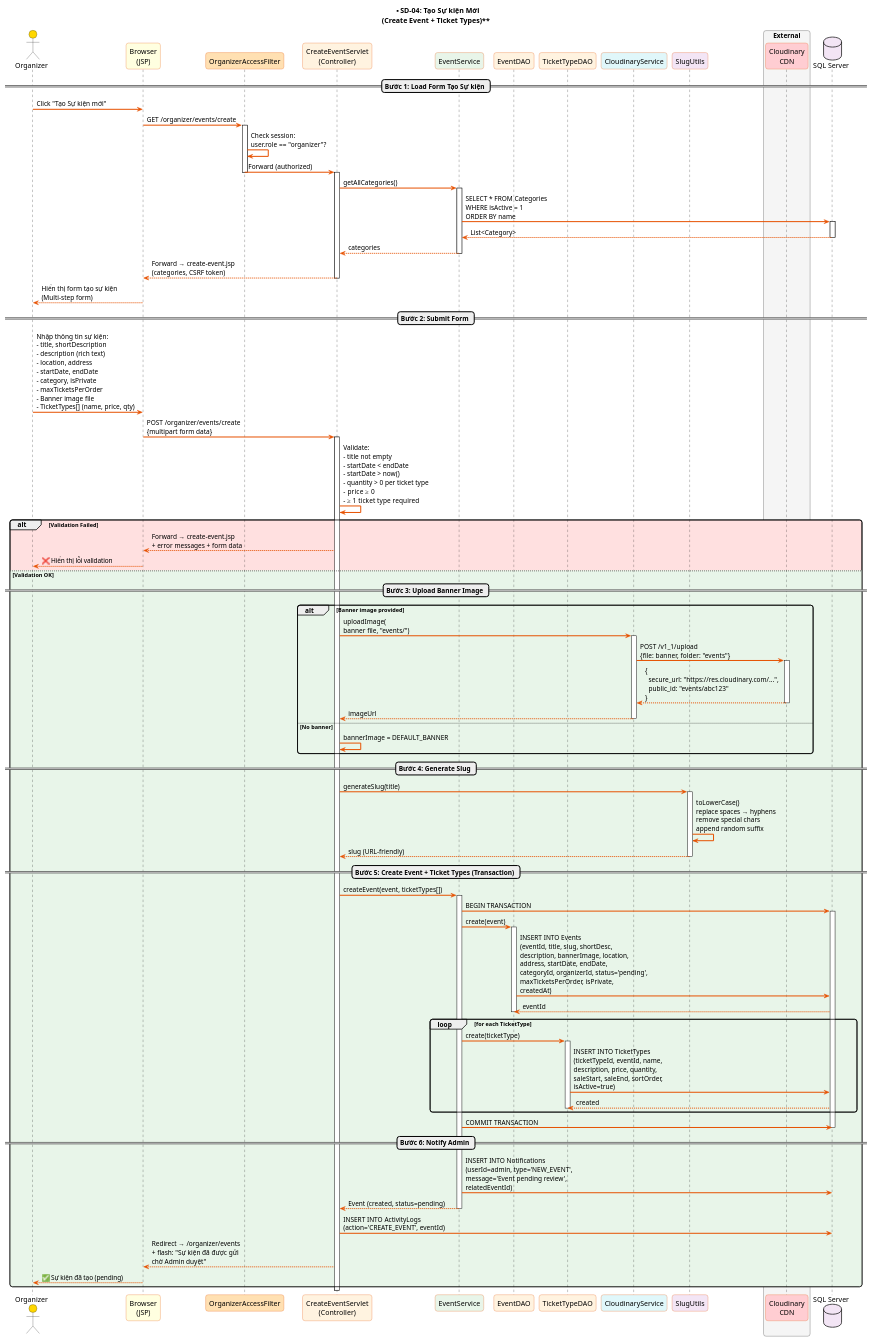
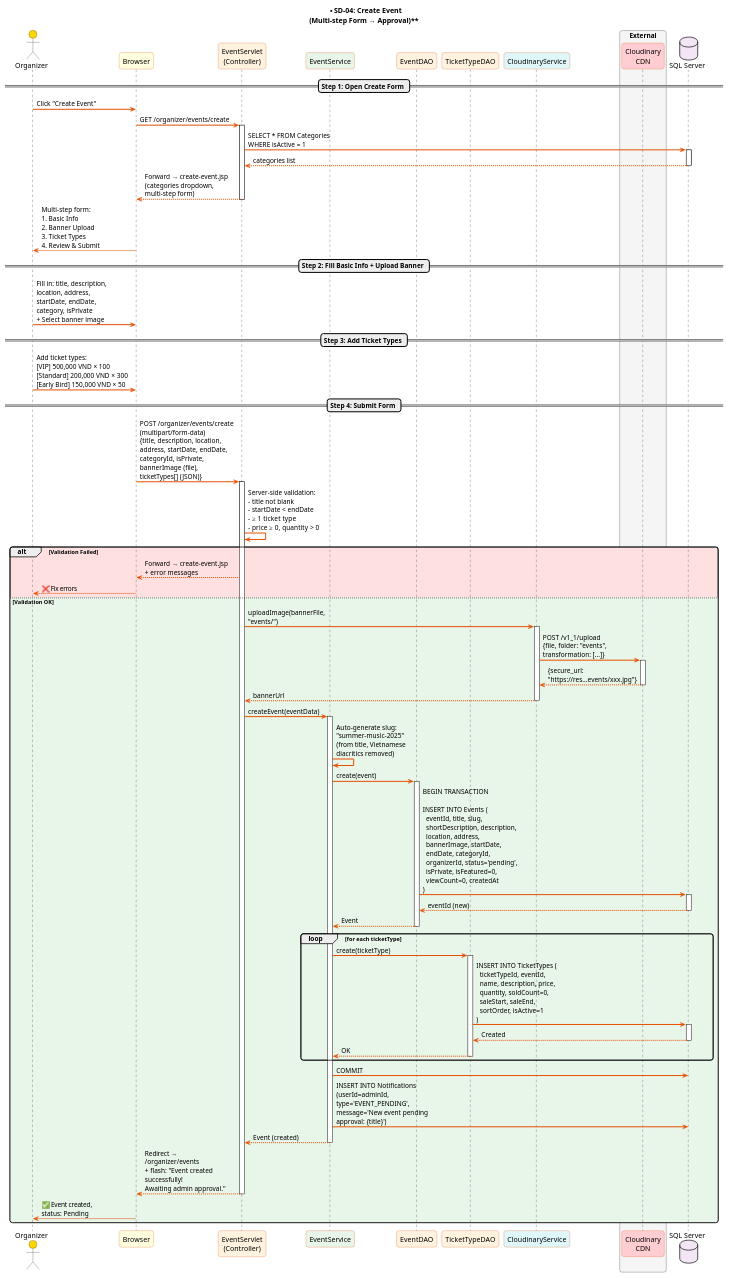
Before and after one commit to dghoang/PRJ301_GROUP7_SELLING_TICKET: the diagram in SellingTicketJava/docs/diagrams/SD_04_CreateEvent.puml, drawn with PlantUML. The commit also changed 62 other files, not shown here.

```diff
--- a/SellingTicketJava/docs/diagrams/SD_04_CreateEvent.puml
+++ b/SellingTicketJava/docs/diagrams/SD_04_CreateEvent.puml
@@ -1,132 +1,113 @@
 @startuml SD_04_CreateEvent
 ' ============================================================
-' SEQUENCE DIAGRAM - Tạo Sự kiện mới (Create Event)
-' FR-07: Organizer tạo sự kiện + Upload Banner + Tạo Loại vé
+' SEQUENCE DIAGRAM - Create Event
+' FR-07, FR-08: Create Event + Upload Banner + Ticket Types
 ' ============================================================
 
-title **SD-04: Tạo Sự kiện Mới\n(Create Event + Ticket Types)**
+title **SD-04: Create Event\n(Multi-step Form → Approval)**
 
 skinparam sequenceArrowThickness 2
 skinparam roundcorner 10
 skinparam sequence {
     ParticipantBackgroundColor #FFF3E0
     ParticipantBorderColor #E65100
     ArrowColor #E65100
 }
 
-actor "Organizer" as User #Gold
-participant "Browser\n(JSP)" as Browser #LightYellow
-participant "OrganizerAccessFilter" as Filter #FFE0B2
-participant "CreateEventServlet\n(Controller)" as Controller #FFF3E0
-participant "EventService" as EventSvc #E8F5E9
-participant "EventDAO" as EventDAO #FFF3E0
+actor "Organizer" as Organizer #Gold
+participant "Browser" as Browser #LightYellow
+participant "EventServlet\n(Controller)" as Controller #FFF3E0
+participant "EventService" as Service #E8F5E9
+participant "EventDAO" as DAO #FFF3E0
 participant "TicketTypeDAO" as TTDAO #FFF3E0
-participant "CloudinaryService" as Cloudinary #E0F7FA
-participant "SlugUtils" as Slug #F3E5F5
+participant "CloudinaryService" as Cloud #E0F7FA
 box "External" #F5F5F5
     participant "Cloudinary\nCDN" as CDN #FFCDD2
 end box
 database "SQL Server" as DB #F3E5F5
 
-== Bước 1: Load Form Tạo Sự kiện ==
+== Step 1: Open Create Form ==
 
-User -> Browser: Click "Tạo Sự kiện mới"
-Browser -> Filter: GET /organizer/events/create
-activate Filter
-Filter -> Filter: Check session:\nuser.role == "organizer"?
-Filter -> Controller: Forward (authorized)
-deactivate Filter
+Organizer -> Browser: Click "Create Event"
+Browser -> Controller: GET /organizer/events/create
+activate Controller
+Controller -> DB: SELECT * FROM Categories\nWHERE isActive = 1
+activate DB
+DB --> Controller: categories list
+deactivate DB
+Controller --> Browser: Forward → create-event.jsp\n(categories dropdown,\nmulti-step form)
+deactivate Controller
+Browser --> Organizer: Multi-step form:\n1. Basic Info\n2. Banner Upload\n3. Ticket Types\n4. Review & Submit
+
+== Step 2: Fill Basic Info + Upload Banner ==
+
+Organizer -> Browser: Fill in: title, description,\nlocation, address,\nstartDate, endDate,\ncategory, isPrivate\n+ Select banner image
+
+== Step 3: Add Ticket Types ==
+
+Organizer -> Browser: Add ticket types:\n[VIP] 500,000 VND × 100\n[Standard] 200,000 VND × 300\n[Early Bird] 150,000 VND × 50
+
+== Step 4: Submit Form ==
+
+Browser -> Controller: POST /organizer/events/create\n(multipart/form-data)\n{title, description, location,\naddress, startDate, endDate,\ncategoryId, isPrivate,\nbannerImage (file),\nticketTypes[] (JSON)}
 activate Controller
 
-Controller -> EventSvc: getAllCategories()
-activate EventSvc
-EventSvc -> DB: SELECT * FROM Categories\nWHERE isActive = 1\nORDER BY name
-activate DB
-DB --> EventSvc: List<Category>
-deactivate DB
-EventSvc --> Controller: categories
-deactivate EventSvc
-
-Controller --> Browser: Forward → create-event.jsp\n(categories, CSRF token)
-deactivate Controller
-Browser --> User: Hiển thị form tạo sự kiện\n(Multi-step form)
-
-== Bước 2: Submit Form ==
-
-User -> Browser: Nhập thông tin sự kiện:\n- title, shortDescription\n- description (rich text)\n- location, address\n- startDate, endDate\n- category, isPrivate\n- maxTicketsPerOrder\n- Banner image file\n- TicketTypes[] (name, price, qty)
-Browser -> Controller: POST /organizer/events/create\n{multipart form data}
-activate Controller
-
-' --- Server Validation ---
-Controller -> Controller: Validate:\n- title not empty\n- startDate < endDate\n- startDate > now()\n- quantity > 0 per ticket type\n- price ≥ 0\n- ≥ 1 ticket type required
+Controller -> Controller: Server-side validation:\n- title not blank\n- startDate < endDate\n- ≥ 1 ticket type\n- price ≥ 0, quantity > 0
 
 alt #FFE0E0 Validation Failed
-    Controller --> Browser: Forward → create-event.jsp\n+ error messages + form data
-    Browser --> User: ❌ Hiển thị lỗi validation
+    Controller --> Browser: Forward → create-event.jsp\n+ error messages
+    Browser --> Organizer: ❌ Fix errors
 else #E8F5E9 Validation OK
 
-    == Bước 3: Upload Banner Image ==
+    ' --- Upload Banner ---
+    Controller -> Cloud: uploadImage(bannerFile,\n"events/")
+    activate Cloud
+    Cloud -> CDN: POST /v1_1/upload\n{file, folder: "events",\ntransformation: [...]}
+    activate CDN
+    CDN --> Cloud: {secure_url:\n"https://res...events/xxx.jpg"}
+    deactivate CDN
+    Cloud --> Controller: bannerUrl
+    deactivate Cloud
 
-    alt Banner image provided
-        Controller -> Cloudinary: uploadImage(\nbanner file, "events/")
-        activate Cloudinary
-        Cloudinary -> CDN: POST /v1_1/upload\n{file: banner, folder: "events"}
-        activate CDN
-        CDN --> Cloudinary: {\n  secure_url: "https://res.cloudinary.com/...",\n  public_id: "events/abc123"\n}
-        deactivate CDN
-        Cloudinary --> Controller: imageUrl
-        deactivate Cloudinary
-    else No banner
-        Controller -> Controller: bannerImage = DEFAULT_BANNER
-    end
+    ' --- Create Event ---
+    Controller -> Service: createEvent(eventData)
+    activate Service
 
-    == Bước 4: Generate Slug ==
+    Service -> Service: Auto-generate slug:\n"summer-music-2025"\n(from title, Vietnamese\ndiacritics removed)
 
-    Controller -> Slug: generateSlug(title)
-    activate Slug
-    Slug -> Slug: toLowerCase()\nreplace spaces → hyphens\nremove special chars\nappend random suffix
-    Slug --> Controller: slug (URL-friendly)
-    deactivate Slug
+    Service -> DAO: create(event)
+    activate DAO
+    DAO -> DB: BEGIN TRANSACTION\n\nINSERT INTO Events (\n  eventId, title, slug,\n  shortDescription, description,\n  location, address,\n  bannerImage, startDate,\n  endDate, categoryId,\n  organizerId, status='pending',\n  isPrivate, isFeatured=0,\n  viewCount=0, createdAt\n)
+    activate DB
+    DB --> DAO: eventId (new)
+    deactivate DB
+    DAO --> Service: Event
+    deactivate DAO
 
-    == Bước 5: Create Event + Ticket Types (Transaction) ==
-
-    Controller -> EventSvc: createEvent(event, ticketTypes[])
-    activate EventSvc
-
-    EventSvc -> DB: BEGIN TRANSACTION
-    activate DB
-
-    EventSvc -> EventDAO: create(event)
-    activate EventDAO
-    EventDAO -> DB: INSERT INTO Events\n(eventId, title, slug, shortDesc,\ndescription, bannerImage, location,\naddress, startDate, endDate,\ncategoryId, organizerId, status='pending',\nmaxTicketsPerOrder, isPrivate,\ncreatedAt)
-    DB --> EventDAO: eventId
-    deactivate EventDAO
-
-    loop for each TicketType
-        EventSvc -> TTDAO: create(ticketType)
+    ' --- Create Ticket Types ---
+    loop for each ticketType
+        Service -> TTDAO: create(ticketType)
         activate TTDAO
-        TTDAO -> DB: INSERT INTO TicketTypes\n(ticketTypeId, eventId, name,\ndescription, price, quantity,\nsaleStart, saleEnd, sortOrder,\nisActive=true)
-        DB --> TTDAO: created
+        TTDAO -> DB: INSERT INTO TicketTypes (\n  ticketTypeId, eventId,\n  name, description, price,\n  quantity, soldCount=0,\n  saleStart, saleEnd,\n  sortOrder, isActive=1\n)
+        activate DB
+        DB --> TTDAO: Created
+        deactivate DB
+        TTDAO --> Service: OK
         deactivate TTDAO
     end
 
-    EventSvc -> DB: COMMIT TRANSACTION
-    deactivate DB
+    Service -> DB: COMMIT
 
-    == Bước 6: Notify Admin ==
+    ' --- Notify Admin ---
+    Service -> DB: INSERT INTO Notifications\n(userId=adminId,\ntype='EVENT_PENDING',\nmessage='New event pending\napproval: {title}')
 
-    EventSvc -> DB: INSERT INTO Notifications\n(userId=admin, type='NEW_EVENT',\nmessage='Event pending review',\nrelatedEventId)
+    Service --> Controller: Event (created)
+    deactivate Service
 
-    EventSvc --> Controller: Event (created, status=pending)
-    deactivate EventSvc
-
-    Controller -> DB: INSERT INTO ActivityLogs\n(action='CREATE_EVENT', eventId)
-
-    Controller --> Browser: Redirect → /organizer/events\n+ flash: "Sự kiện đã được gửi\nchờ Admin duyệt"
-    Browser --> User: ✅ Sự kiện đã tạo (pending)
+    Controller --> Browser: Redirect →\n/organizer/events\n+ flash: "Event created\nsuccessfully!\nAwaiting admin approval."
+    deactivate Controller
+    Browser --> Organizer: ✅ Event created,\nstatus: Pending
 
 end
 
-deactivate Controller
-
 @enduml
```
